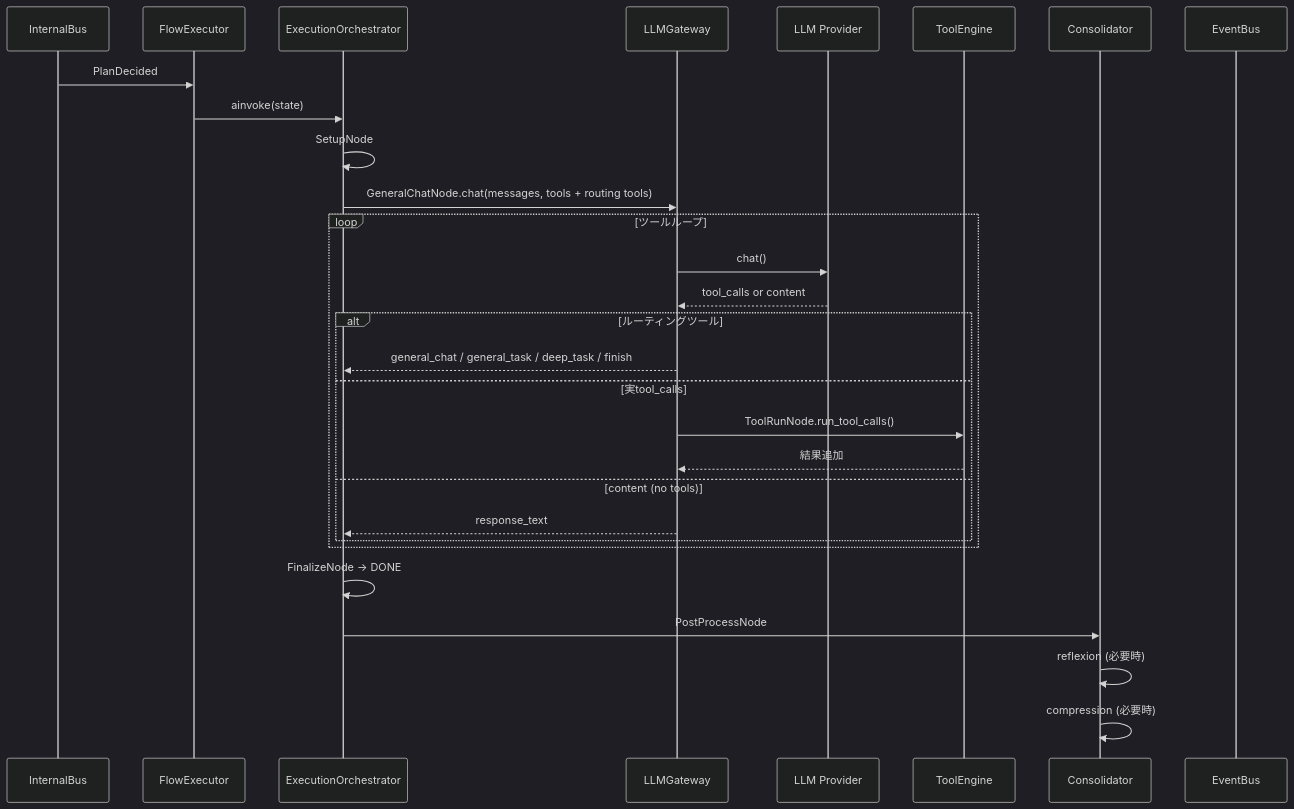
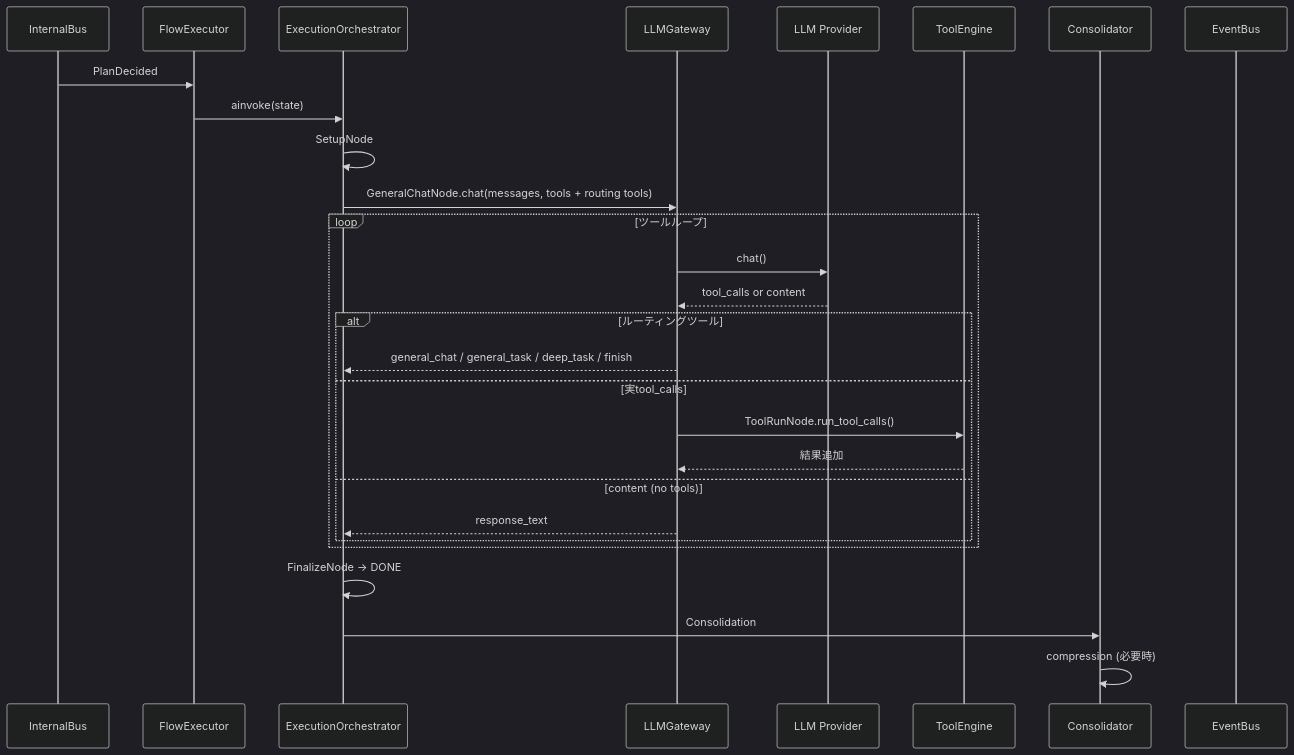
The diagram in docs/how-it-works/08-execution-pipeline.md (ibukani/iris-mind), drawn with Mermaid (dark theme) before and after one commit. The commit also changed other lines of this file and 359 other files, not shown here.

````diff
--- a/docs/how-it-works/08-execution-pipeline.md
+++ b/docs/how-it-works/08-execution-pipeline.md
@@ -3,35 +3,34 @@
 ```mermaid
 sequenceDiagram
     participant IB as InternalBus
     participant FE as FlowExecutor
     participant ORCH as ExecutionOrchestrator
     participant LG as LLMGateway
     participant LLM as LLM Provider
     participant TE as ToolEngine
     participant CON as Consolidator
     participant EB as EventBus
 
     IB->>FE: PlanDecided
     FE->>ORCH: ainvoke(state)
 
     ORCH->>ORCH: SetupNode
     ORCH->>LG: GeneralChatNode.chat(messages, tools + routing tools)
 
     loop ツールループ
         LG->>LLM: chat()
         LLM-->>LG: tool_calls or content
         alt ルーティングツール
             LG-->>ORCH: general_chat / general_task / deep_task / finish
         else 実tool_calls
             LG->>TE: ToolRunNode.run_tool_calls()
             TE-->>LG: 結果追加
         else content (no tools)
             LG-->>ORCH: response_text
         end
     end
 
     ORCH->>ORCH: FinalizeNode → DONE
-    ORCH->>CON: PostProcessNode
-    CON->>CON: reflexion (必要時)
+    ORCH->>CON: Consolidation
     CON->>CON: compression (必要時)
 ```
````
